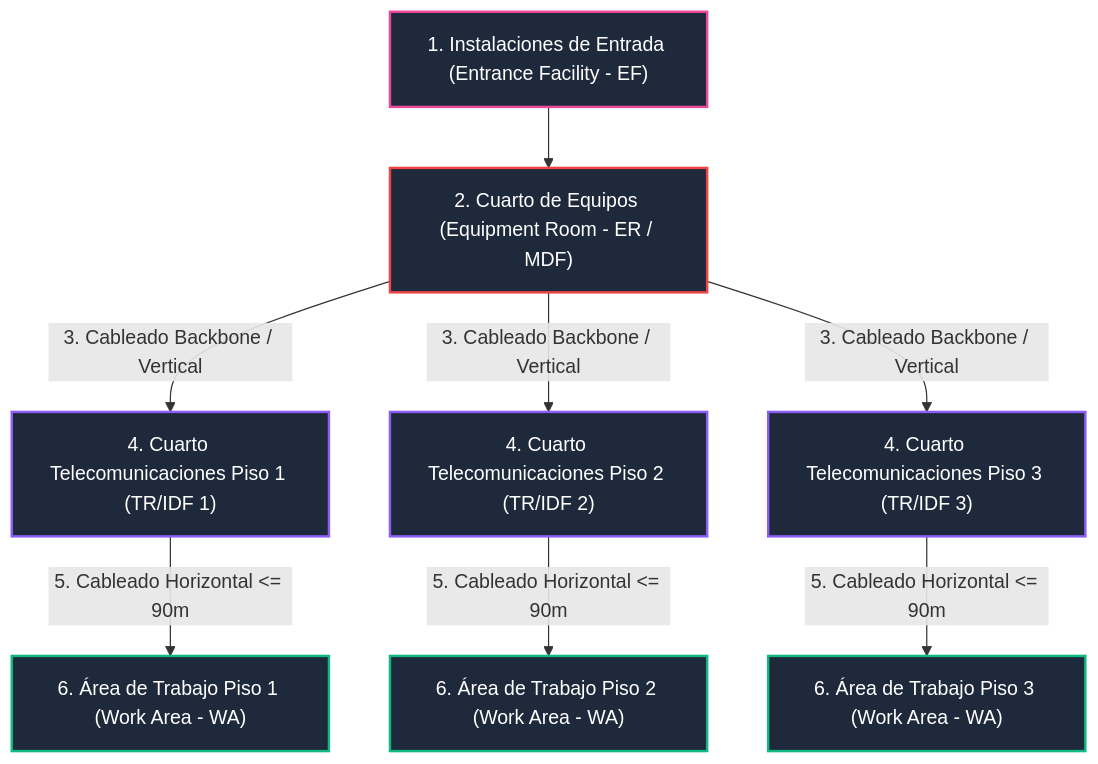
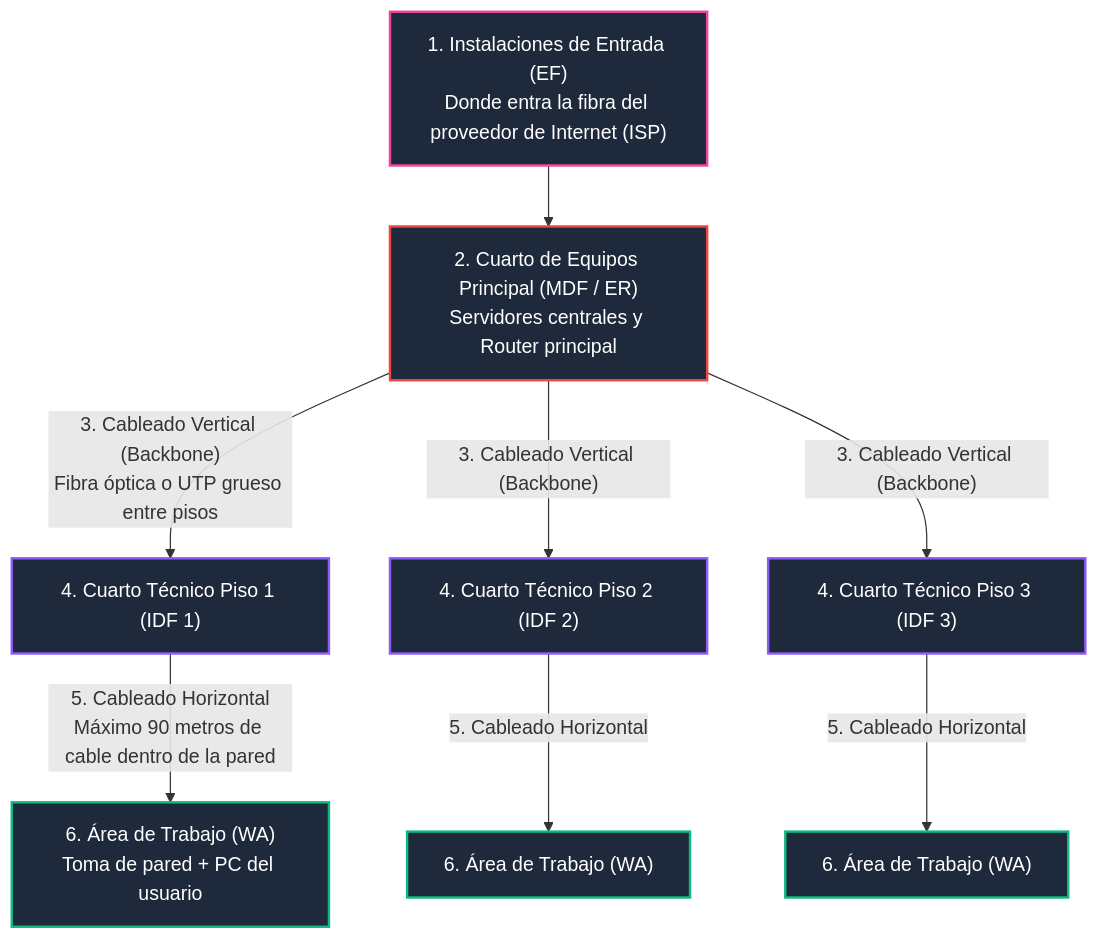
One commit to ch4rf/redes-computadoras changed the first of 2 diagrams in Teoria/Modulo_3_Cableado_Estructurado/02_Los_6_Subsistemas_Cableado.md. Above: the diagram before and after it, drawn with Mermaid. The commit also changed other lines of this file and 14 other files, not shown here.

````diff
--- a/Teoria/Modulo_3_Cableado_Estructurado/02_Los_6_Subsistemas_Cableado.md
+++ b/Teoria/Modulo_3_Cableado_Estructurado/02_Los_6_Subsistemas_Cableado.md
@@ -10,20 +22,21 @@
 ```mermaid
 flowchart TD
-    EF["1. Instalaciones de Entrada (Entrance Facility - EF)"] --> ER["2. Cuarto de Equipos (Equipment Room - ER / MDF)"]
-    ER -->|"3. Cableado Backbone / Vertical"| TR1["4. Cuarto Telecomunicaciones Piso 1 (TR/IDF 1)"]
-    ER -->|"3. Cableado Backbone / Vertical"| TR2["4. Cuarto Telecomunicaciones Piso 2 (TR/IDF 2)"]
-    ER -->|"3. Cableado Backbone / Vertical"| TR3["4. Cuarto Telecomunicaciones Piso 3 (TR/IDF 3)"]
+    EF["1. Instalaciones de Entrada (EF)<br/>Donde entra la fibra del proveedor de Internet (ISP)"] --> MDF["2. Cuarto de Equipos Principal (MDF / ER)<br/>Servidores centrales y Router principal"]
     
-    TR1 -->|"5. Cableado Horizontal <= 90m"| WA1["6. Área de Trabajo Piso 1 (Work Area - WA)"]
-    TR2 -->|"5. Cableado Horizontal <= 90m"| WA2["6. Área de Trabajo Piso 2 (Work Area - WA)"]
-    TR3 -->|"5. Cableado Horizontal <= 90m"| WA3["6. Área de Trabajo Piso 3 (Work Area - WA)"]
+    MDF -->|"3. Cableado Vertical (Backbone)<br/>Fibra óptica o UTP grueso entre pisos"| IDF1["4. Cuarto Técnico Piso 1 (IDF 1)"]
+    MDF -->|"3. Cableado Vertical (Backbone)"| IDF2["4. Cuarto Técnico Piso 2 (IDF 2)"]
+    MDF -->|"3. Cableado Vertical (Backbone)"| IDF3["4. Cuarto Técnico Piso 3 (IDF 3)"]
+    
+    IDF1 -->|"5. Cableado Horizontal<br/>Máximo 90 metros de cable dentro de la pared"| WA1["6. Área de Trabajo (WA)<br/>Toma de pared + PC del usuario"]
+    IDF2 -->|"5. Cableado Horizontal"| WA2["6. Área de Trabajo (WA)"]
+    IDF3 -->|"5. Cableado Horizontal"| WA3["6. Área de Trabajo (WA)"]
 
     style EF fill:#1e293b,stroke:#ec4899,stroke-width:2px,color:#fff
-    style ER fill:#1e293b,stroke:#ef4444,stroke-width:2px,color:#fff
-    style TR1 fill:#1e293b,stroke:#8b5cf6,stroke-width:2px,color:#fff
-    style TR2 fill:#1e293b,stroke:#8b5cf6,stroke-width:2px,color:#fff
-    style TR3 fill:#1e293b,stroke:#8b5cf6,stroke-width:2px,color:#fff
+    style MDF fill:#1e293b,stroke:#ef4444,stroke-width:2px,color:#fff
+    style IDF1 fill:#1e293b,stroke:#8b5cf6,stroke-width:2px,color:#fff
+    style IDF2 fill:#1e293b,stroke:#8b5cf6,stroke-width:2px,color:#fff
+    style IDF3 fill:#1e293b,stroke:#8b5cf6,stroke-width:2px,color:#fff
     style WA1 fill:#1e293b,stroke:#10b981,stroke-width:2px,color:#fff
     style WA2 fill:#1e293b,stroke:#10b981,stroke-width:2px,color:#fff
     style WA3 fill:#1e293b,stroke:#10b981,stroke-width:2px,color:#fff
 ```
````
